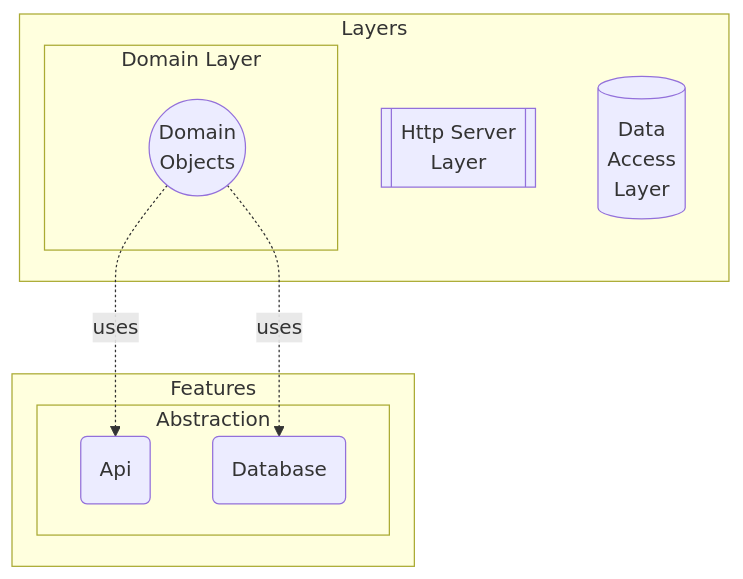
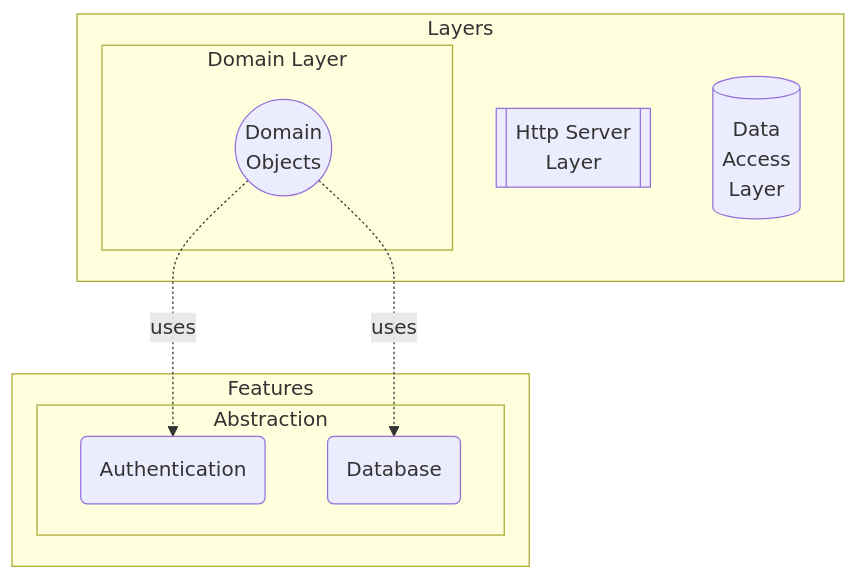
Before and after one commit to mouseless/baked: the third of 4 diagrams in docs/architecture/README.md, drawn with Mermaid. The commit also changed other lines of this file and 8 other files, not shown here.

````diff
--- a/docs/architecture/README.md
+++ b/docs/architecture/README.md
@@ -90,20 +90,20 @@
 ```mermaid
 flowchart
   subgraph Layers
     HS[[Http Server\nLayer]]
     subgraph DL[Domain Layer]
       D((Domain\nObjects))
     end
     DA[(Data\nAccess\nLayer)]
   end
 
   subgraph Features
     subgraph Abstraction
-      A(Api)
+      A(Authentication)
       Db(Database)
     end
   end
 
   D -.uses.-> A
   D -.uses.-> Db
 ```
````
